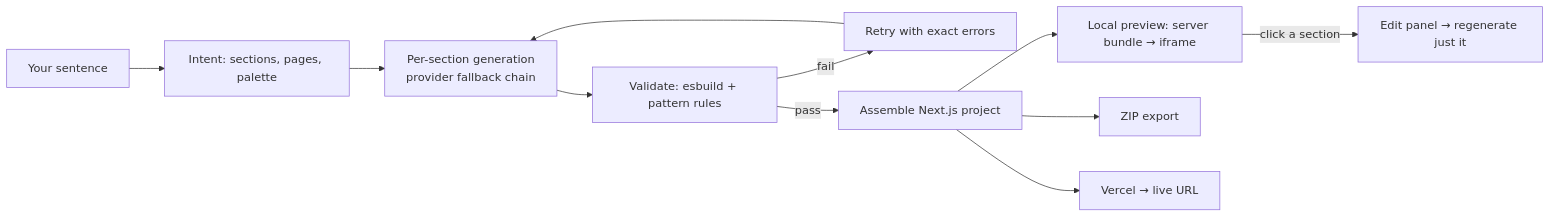
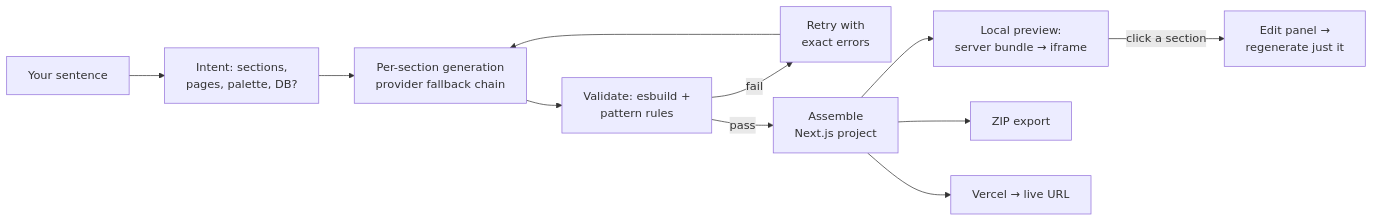
One commit to ezpectus/forgeai changed the diagram in README.md. Above: the diagram before and after it, drawn with Mermaid. The commit also changed other lines of this file and 1 other file, not shown here.

Commit message:
docs: expand README (pipeline stages, honest limits), add /api/assemble + budget to architecture

````diff
--- a/README.md
+++ b/README.md
@@ -21,13 +17,13 @@
 ```mermaid
 flowchart LR
-    P[Your sentence] --> I[Intent: sections, pages, palette]
+    P[Your sentence] --> I[Intent: sections,<br/>pages, palette, DB?]
     I --> C[Per-section generation<br/>provider fallback chain]
-    C --> V[Validate: esbuild + pattern rules]
-    V -->|fail| R[Retry with exact errors]
+    C --> V[Validate: esbuild +<br/>pattern rules]
+    V -->|fail| R[Retry with<br/>exact errors]
     R --> C
-    V -->|pass| A[Assemble Next.js project]
-    A --> PV[Local preview: server bundle → iframe]
+    V -->|pass| A[Assemble<br/>Next.js project]
+    A --> PV[Local preview:<br/>server bundle → iframe]
     A --> Z[ZIP export]
     A --> D[Vercel → live URL]
-    PV -->|click a section| E[Edit panel → regenerate just it]
+    PV -->|click a section| E[Edit panel →<br/>regenerate just it]
 ```
````
